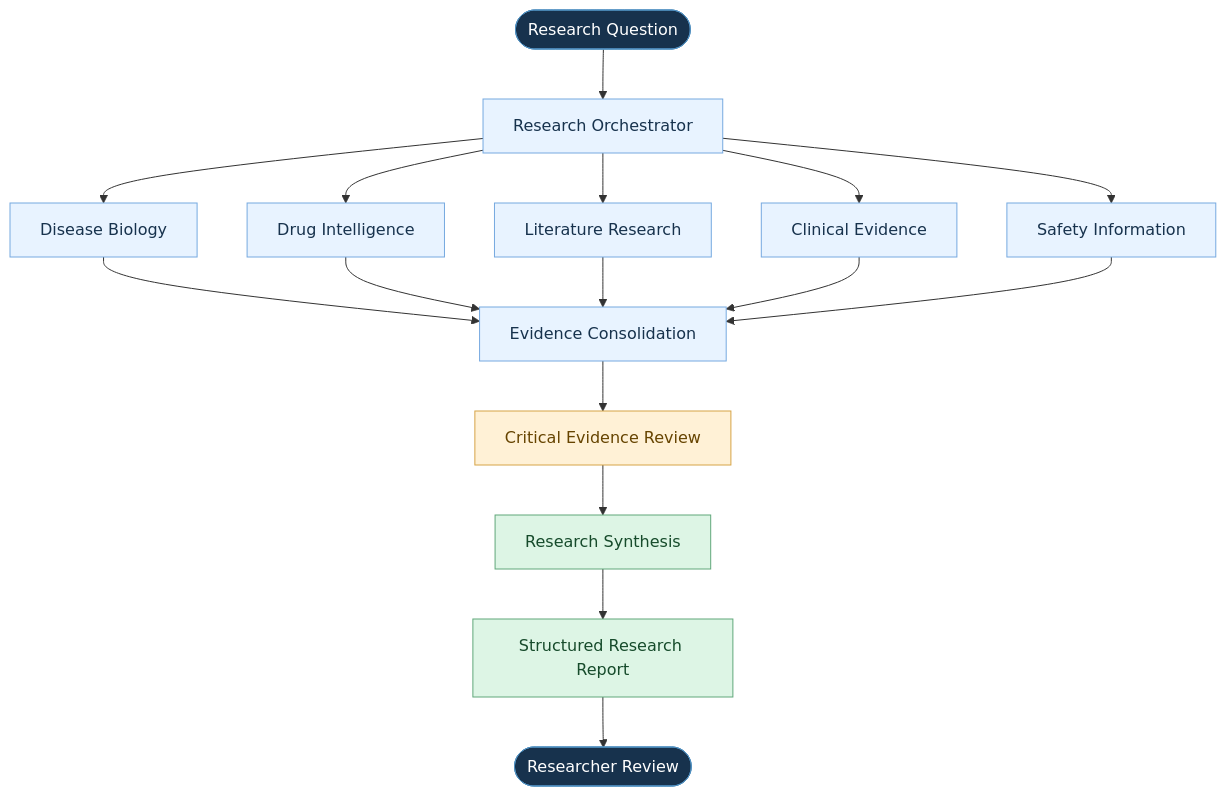
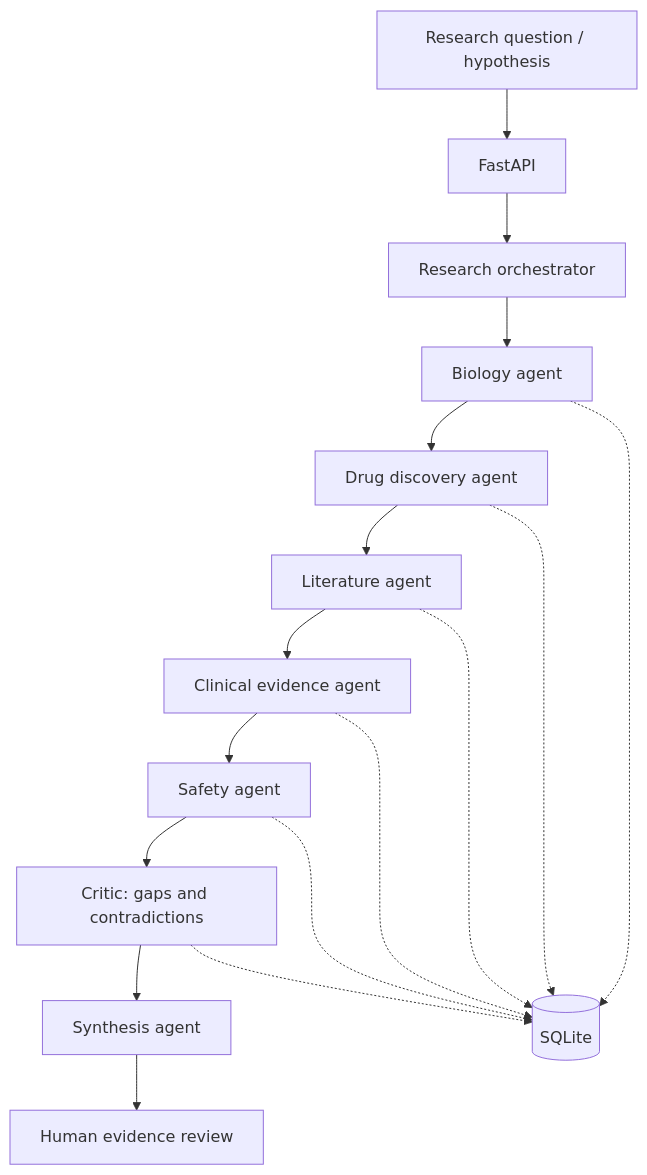
One commit to Senior19/Repurpose-AI changed the diagram in README.md. Above: the diagram before and after it, drawn with Mermaid. The commit also changed other lines of this file, not shown here.

````diff
--- a/README.md
+++ b/README.md
@@ -71,31 +29,19 @@
 ```mermaid
 flowchart TD
-    A([Research Question]) --> B[Research Orchestrator]
-
-    B --> C[Disease Biology]
-    B --> D[Drug Intelligence]
-    B --> E[Literature Research]
-    B --> F[Clinical Evidence]
-    B --> G[Safety Information]
-
-    C --> H[Evidence Consolidation]
-    D --> H
-    E --> H
-    F --> H
-    G --> H
-
-    H --> I[Critical Evidence Review]
-    I --> J[Research Synthesis]
-    J --> K[Structured Research Report]
-    K --> L([Researcher Review])
-
-    classDef input fill:#17324D,color:#FFFFFF,stroke:#4F8FC0
-    classDef research fill:#E8F3FF,color:#17324D,stroke:#76A9E0
-    classDef validation fill:#FFF1D6,color:#664400,stroke:#D6A447
-    classDef output fill:#DDF5E5,color:#164B2B,stroke:#60A77A
-
-    class A,L input
-    class B,C,D,E,F,G,H research
-    class I validation
-    class J,K output
+    A[Research question / hypothesis] --> B[FastAPI]
+    B --> C[Research orchestrator]
+    C --> D[Biology agent]
+    D --> E[Drug discovery agent]
+    E --> F[Literature agent]
+    F --> G[Clinical evidence agent]
+    G --> H[Safety agent]
+    H --> I[Critic: gaps and contradictions]
+    I --> J[Synthesis agent]
+    D -.-> K[(SQLite)]
+    E -.-> K
+    F -.-> K
+    G -.-> K
+    H -.-> K
+    I -.-> K
+    J --> L[Human evidence review]
 ```
````
